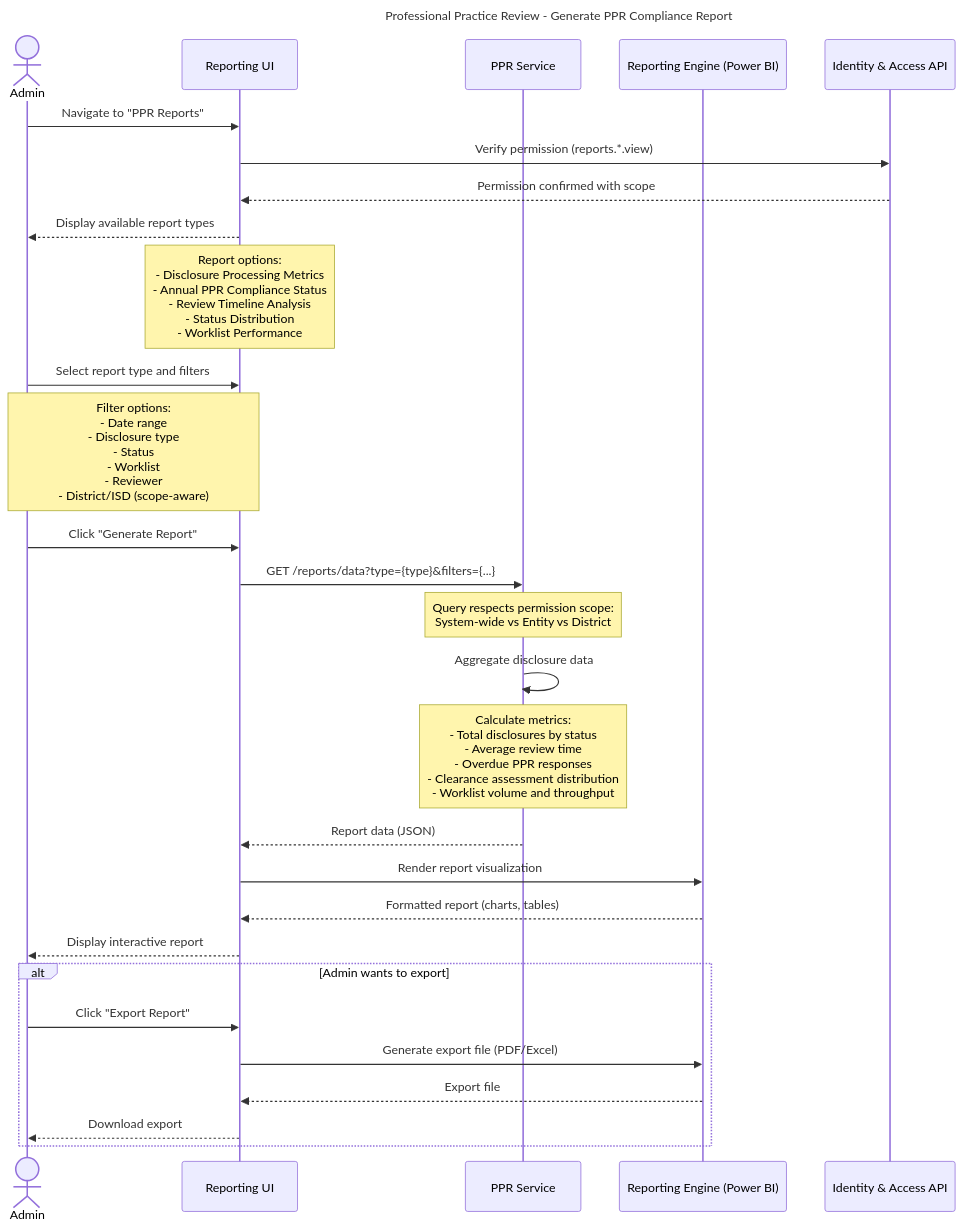
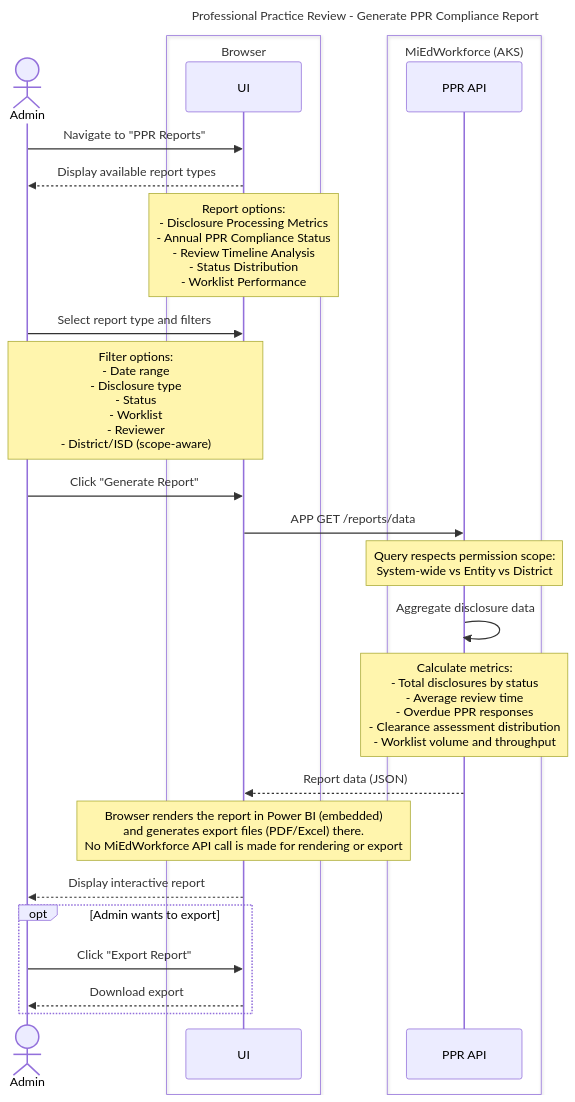
One commit to mnichols-dl/mied-design changed diagram 15 of 15 in working-docs/solution-areas/profpractice/profpractice-sequences.md. Above: the diagram before and after it, drawn with Mermaid. The commit also changed other lines of this file and 34 other files, not shown here.

Commit message:
Update sequences and perform RTM assessment

````diff
--- a/working-docs/solution-areas/profpractice/profpractice-sequences.md
+++ b/working-docs/solution-areas/profpractice/profpractice-sequences.md
@@ -995,43 +975,38 @@
 ```mermaid
 ---
 title: Professional Practice Review - Generate PPR Compliance Report
 ---
 sequenceDiagram
     actor Admin
-    participant UI as Reporting UI
-    participant PPRService as PPR Service
-    participant ReportingEngine as Reporting Engine (Power BI)
-    participant IAM as Identity & Access API
+    box Browser
+        participant UI as UI
+    end
+    box MiEdWorkforce (AKS)
+        participant PprApi as PPR API
+    end
     
     Admin->>UI: Navigate to "PPR Reports"
-    UI->>IAM: Verify permission (reports.*.view)
-    IAM-->>UI: Permission confirmed with scope
-    
     UI-->>Admin: Display available report types
     Note over UI: Report options:<br/>- Disclosure Processing Metrics<br/>- Annual PPR Compliance Status<br/>- Review Timeline Analysis<br/>- Status Distribution<br/>- Worklist Performance
     
     Admin->>UI: Select report type and filters
     Note over Admin,UI: Filter options:<br/>- Date range<br/>- Disclosure type<br/>- Status<br/>- Worklist<br/>- Reviewer<br/>- District/ISD (scope-aware)
     
     Admin->>UI: Click "Generate Report"
     
-    UI->>PPRService: GET /reports/data?type={type}&filters={...}
-    Note over PPRService: Query respects permission scope:<br/>System-wide vs Entity vs District
+    UI->>PprApi: APP GET /reports/data
+    Note over PprApi: Query respects permission scope:<br/>System-wide vs Entity vs District
     
-    PPRService->>PPRService: Aggregate disclosure data
-    Note over PPRService: Calculate metrics:<br/>- Total disclosures by status<br/>- Average review time<br/>- Overdue PPR responses<br/>- Clearance assessment distribution<br/>- Worklist volume and throughput
+    PprApi->>PprApi: Aggregate disclosure data
+    Note over PprApi: Calculate metrics:<br/>- Total disclosures by status<br/>- Average review time<br/>- Overdue PPR responses<br/>- Clearance assessment distribution<br/>- Worklist volume and throughput
     
-    PPRService-->>UI: Report data (JSON)
+    PprApi-->>UI: Report data (JSON)
     
-    UI->>ReportingEngine: Render report visualization
-    ReportingEngine-->>UI: Formatted report (charts, tables)
-    
+    Note over UI: Browser renders the report in Power BI (embedded)<br/>and generates export files (PDF/Excel) there.<br/>No MiEdWorkforce API call is made for rendering or export
     UI-->>Admin: Display interactive report
     
-    alt Admin wants to export
+    opt Admin wants to export
         Admin->>UI: Click "Export Report"
-        UI->>ReportingEngine: Generate export file (PDF/Excel)
-        ReportingEngine-->>UI: Export file
         UI-->>Admin: Download export
     end
 ```
````
